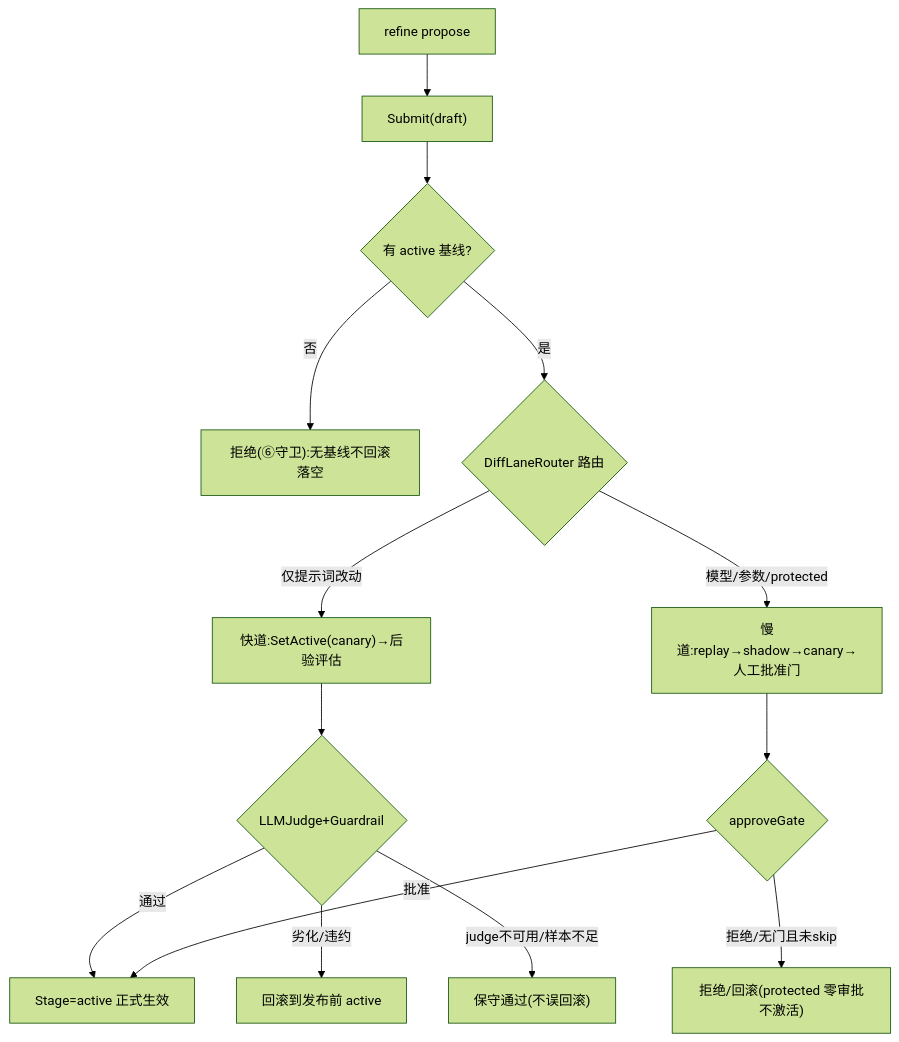
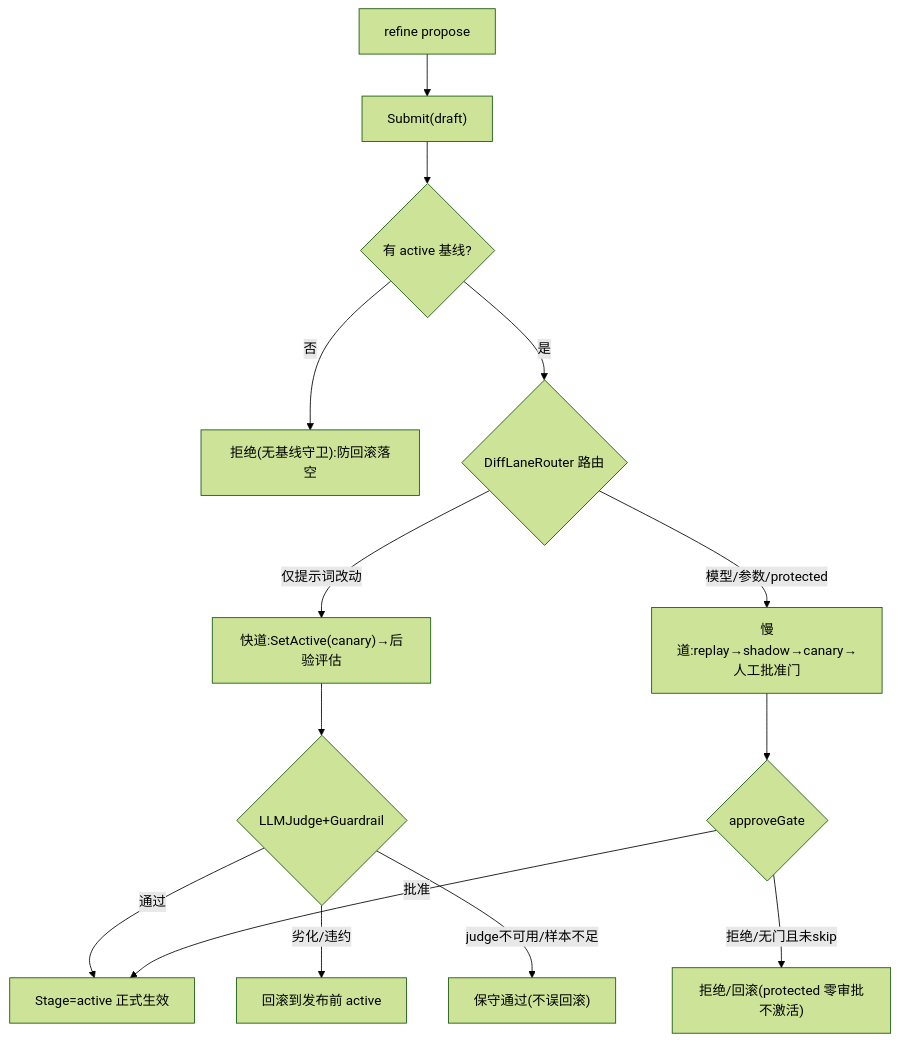
The second of 3 diagrams in docs/wiki/platform/agent-behavior-matrix.md (SpellingDragon/tagent), drawn with Mermaid (forest theme) before and after one commit. The commit also changed other lines of this file and 18 other files, not shown here.

````diff
--- a/docs/wiki/platform/agent-behavior-matrix.md
+++ b/docs/wiki/platform/agent-behavior-matrix.md
@@ -102,16 +103,16 @@
 ```mermaid
 flowchart TD
     P["refine propose"] --> S["Submit(draft)"]
     S --> B{有 active 基线?}
-    B -->|否| REJ0["拒绝(⑥守卫):无基线不回滚落空"]
+    B -->|否| REJ0["拒绝(无基线守卫):防回滚落空"]
     B -->|是| R{DiffLaneRouter 路由}
     R -->|仅提示词改动| FAST["快道:SetActive(canary)→后验评估"]
     R -->|模型/参数/protected| SLOW["慢道:replay→shadow→canary→人工批准门"]
     FAST --> EV{LLMJudge+Guardrail}
     EV -->|通过| ACT["Stage=active 正式生效"]
     EV -->|劣化/违约| RB["回滚到发布前 active"]
     EV -->|judge不可用/样本不足| CONS["保守通过(不误回滚)"]
     SLOW --> AP{approveGate}
     AP -->|批准| ACT
     AP -->|拒绝/无门且未skip| RB2["拒绝/回滚(protected 零审批不激活)"]
 ```
````
